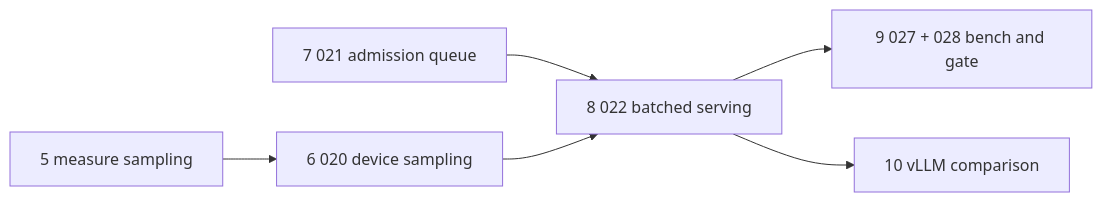
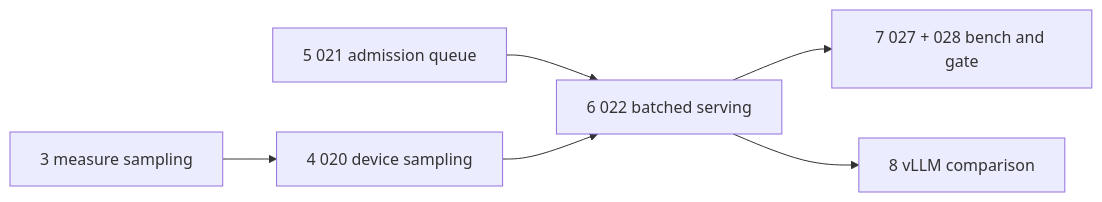
Before and after one commit to latere-ai/tgo: the second of 3 diagrams in specs/README.md, drawn with Mermaid. The commit also changed other lines of this file and 5 other files, not shown here.

````diff
--- a/specs/README.md
+++ b/specs/README.md
@@ -226,8 +223,8 @@
 ```mermaid
 flowchart LR
-  M["5 measure sampling"] --> S["6 020 device sampling"]
-  Q["7 021 admission queue"] --> V["8 022 batched serving"]
+  M["3 measure sampling"] --> S["4 020 device sampling"]
+  Q["5 021 admission queue"] --> V["6 022 batched serving"]
   S --> V
-  V --> B["9 027 + 028 bench and gate"]
-  V --> C["10 vLLM comparison"]
+  V --> B["7 027 + 028 bench and gate"]
+  V --> C["8 vLLM comparison"]
 ```
````
